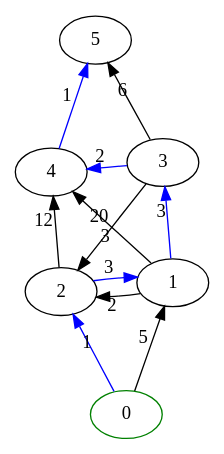
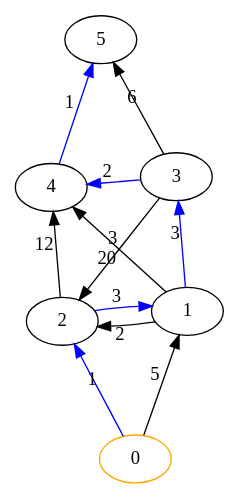
The diagram in Dijkstra/graphs/gtest.gv (evvic/graph-theory), drawn with Graphviz before and after one commit. The commit also changed 3 other files, not shown here.

```diff
--- a/Dijkstra/graphs/gtest.gv
+++ b/Dijkstra/graphs/gtest.gv
@@ -1,36 +1,36 @@
 digraph gtest {
 
     layout="neato";
-    overlap=false;
-    sep="+15";
+    overlap="false";
+    sep="+20";
     splines=true;
 
     // Prestyling of nodes
     //// Red = node in negative cycle
 
-    0 [color=green]
+    0 [color=orange ]
 
     // node 0
     0 -> 1[label="5" minlen=2]
     0 -> 2[label="1" minlen=2 color=blue]
 
     // node 1
     1 -> 4[label="20" minlen=2]
     1 -> 3[label="3" minlen=2 color=blue]
     1 -> 2[label="2" minlen=2]
 
     // node 2
     2 -> 1[label="3" minlen=2 color=blue]
     2 -> 4[label="12" minlen=2]
 
     // node 3
     3 -> 2[label="3" minlen=2]
     3 -> 4[label="2" minlen=2 color=blue]
     3 -> 5[label="6" minlen=2]
 
     // node 4
     4 -> 5[label="1" minlen=2 color=blue]
 
     // node 5
 
 }
```
